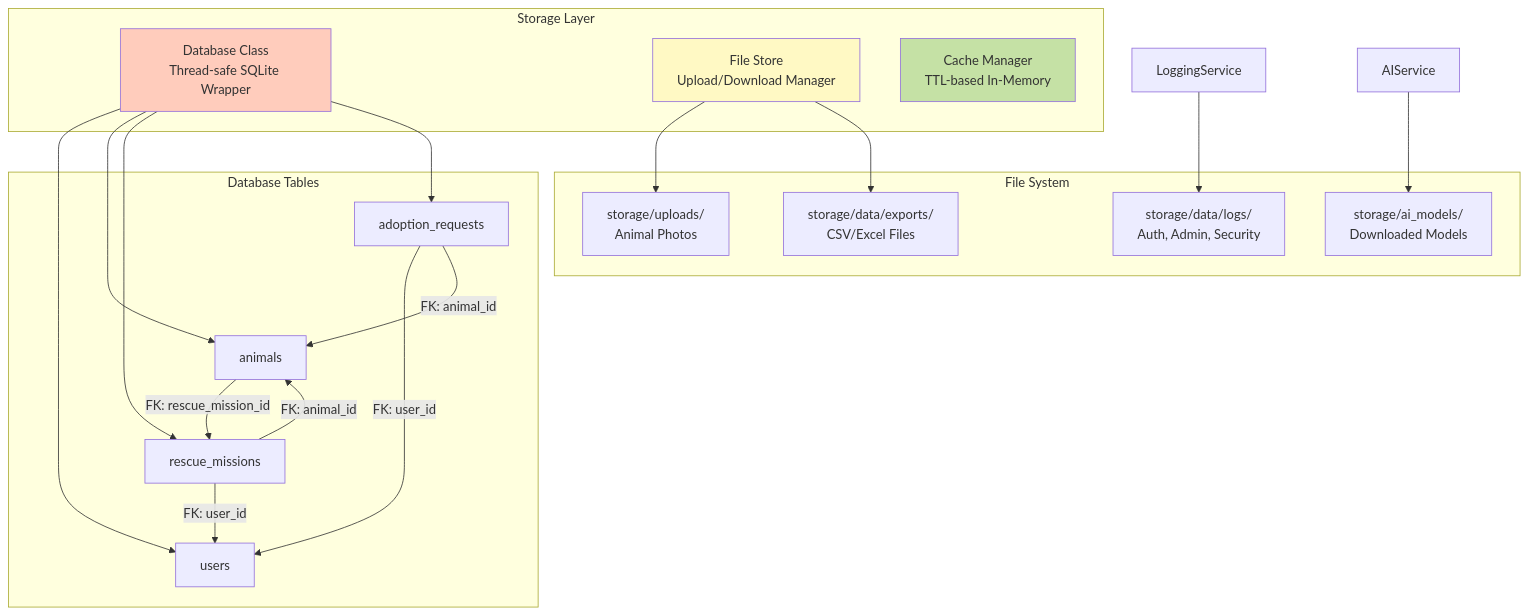
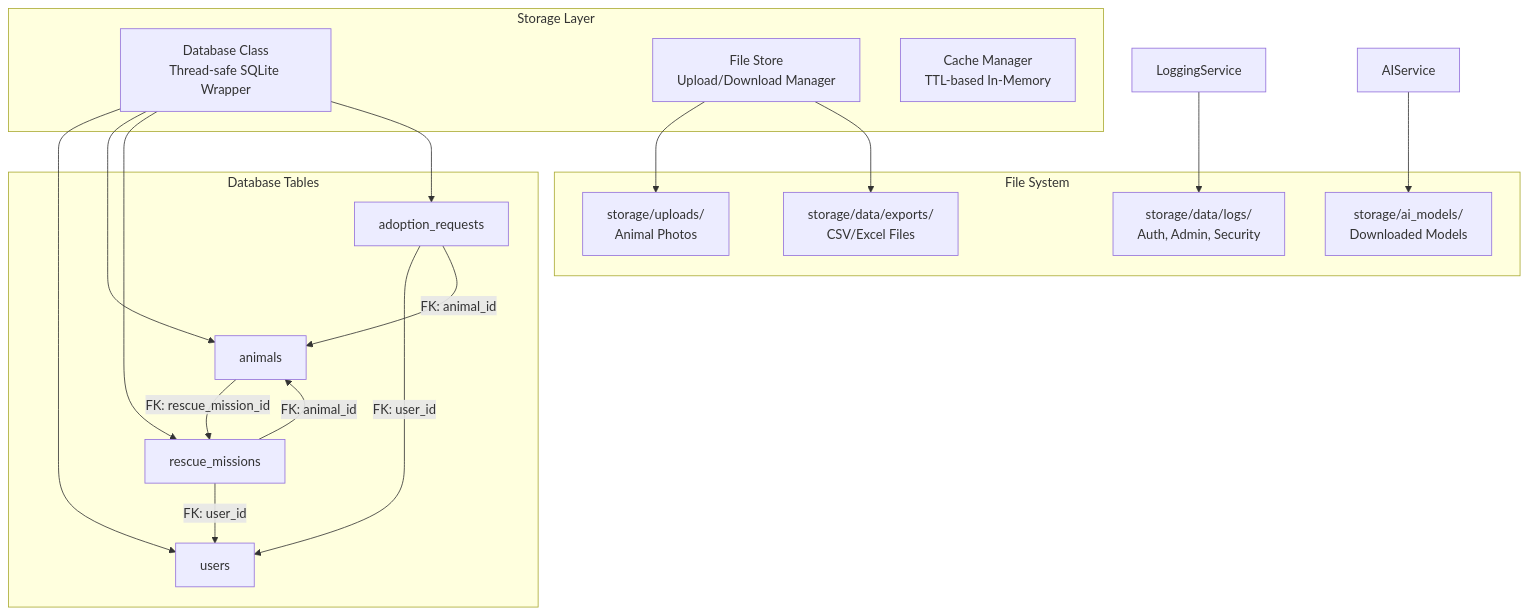
One commit to clepord34/PawRes changed the fourth of 10 diagrams in docs/ARCHITECTURE.md. Above: the diagram before and after it, drawn with Mermaid. The commit also changed other lines of this file and 10 other files, not shown here.

````diff
--- a/docs/ARCHITECTURE.md
+++ b/docs/ARCHITECTURE.md
@@ -213,43 +194,39 @@
 ```mermaid
 graph TB
     subgraph "Storage Layer"
         DB[Database Class<br/>Thread-safe SQLite Wrapper]
         FileStore[File Store<br/>Upload/Download Manager]
         Cache[Cache Manager<br/>TTL-based In-Memory]
     end
     
     subgraph "Database Tables"
         Users[users]
         Animals[animals]
         Rescues[rescue_missions]
         Adoptions[adoption_requests]
     end
     
     subgraph "File System"
         Uploads[storage/uploads/<br/>Animal Photos]
         Exports[storage/data/exports/<br/>CSV/Excel Files]
         Logs[storage/data/logs/<br/>Auth, Admin, Security]
         AIModels[storage/ai_models/<br/>Downloaded Models]
     end
     
     DB --> Users
     DB --> Animals
     DB --> Rescues
     DB --> Adoptions
     
     FileStore --> Uploads
     FileStore --> Exports
     
     LoggingService --> Logs
     AIService --> AIModels
     
     Animals -->|FK: rescue_mission_id| Rescues
     Adoptions -->|FK: user_id| Users
     Adoptions -->|FK: animal_id| Animals
     Rescues -->|FK: user_id| Users
     Rescues -->|FK: animal_id| Animals
-    
-    style DB fill:#ffccbc
-    style FileStore fill:#fff9c4
-    style Cache fill:#c5e1a5
 ```
````
